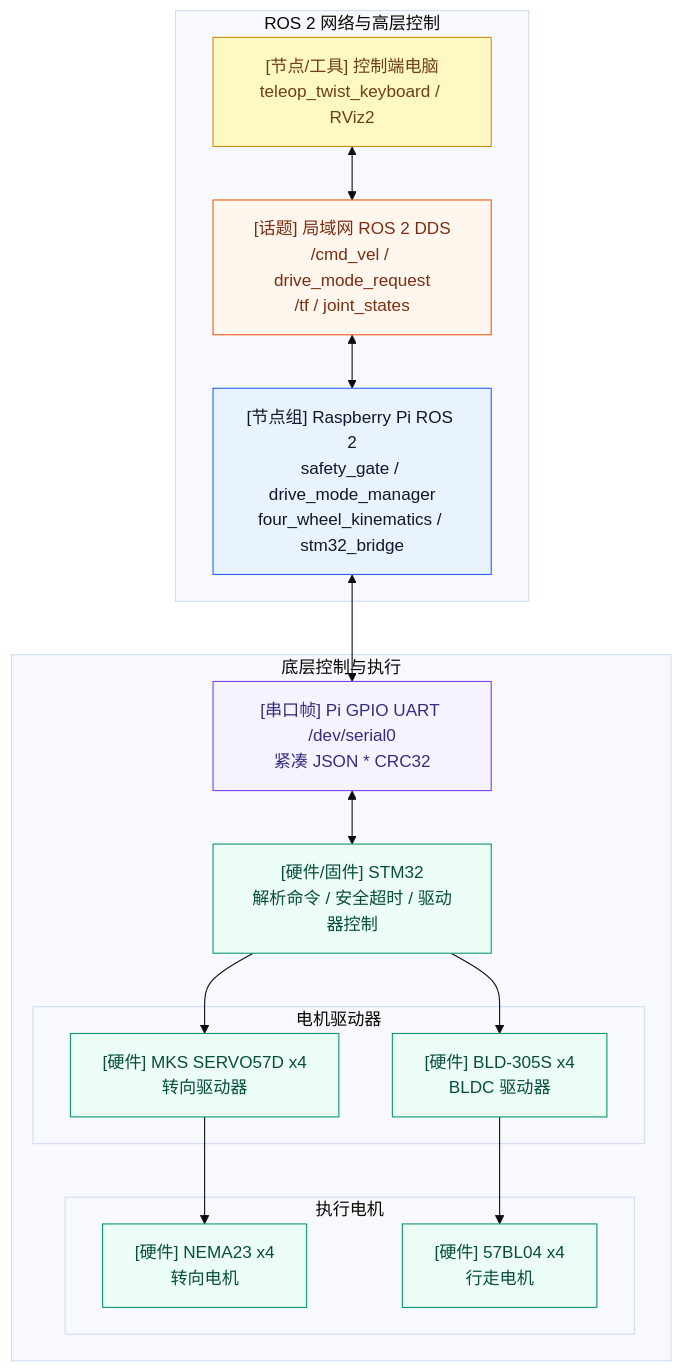
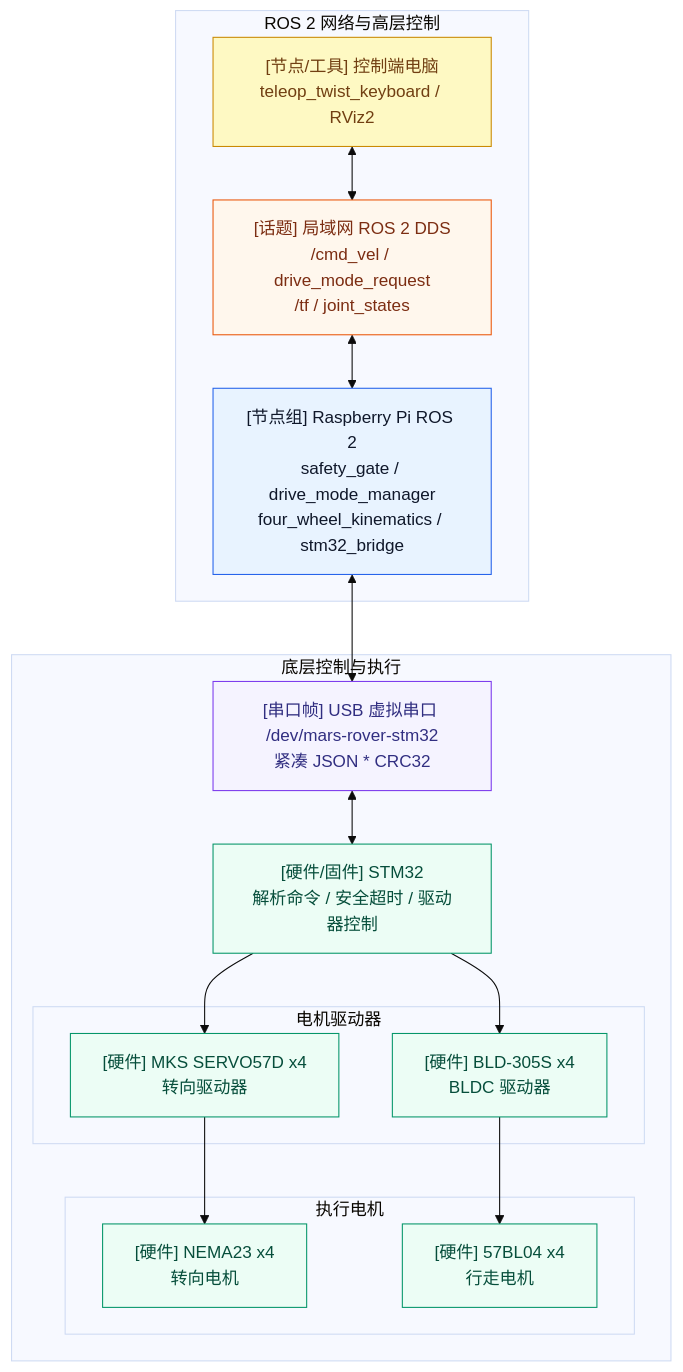
One commit to lixiang-moss/rover changed the first of 7 diagrams in docs/ROS2架构与节点关系图.md. Above: the diagram before and after it, drawn with Mermaid (base theme). The commit also changed other lines of this file and 46 other files, not shown here.

````diff
--- a/docs/ROS2架构与节点关系图.md
+++ b/docs/ROS2架构与节点关系图.md
@@ -28,42 +28,42 @@
 ```mermaid
 flowchart TB
     subgraph ROSLayer["ROS 2 网络与高层控制"]
         PC["[节点/工具] 控制端电脑\nteleop_twist_keyboard / RViz2"]
         DDS["[话题] 局域网 ROS 2 DDS\n/cmd_vel / drive_mode_request\n/tf / joint_states"]
         PI["[节点组] Raspberry Pi ROS 2\nsafety_gate / drive_mode_manager\nfour_wheel_kinematics / stm32_bridge"]
     end
 
     subgraph LowLayer["底层控制与执行"]
-        Serial["[串口帧] Pi GPIO UART /dev/serial0\n紧凑 JSON * CRC32"]
+    Serial["[串口帧] USB 虚拟串口 /dev/mars-rover-stm32\n紧凑 JSON * CRC32"]
         STM["[硬件/固件] STM32\n解析命令 / 安全超时 / 驱动器控制"]
 
         subgraph Drivers["电机驱动器"]
             MKS["[硬件] MKS SERVO57D x4\n转向驱动器"]
             BLD["[硬件] BLD-305S x4\nBLDC 驱动器"]
         end
 
         subgraph Motors["执行电机"]
             Steering["[硬件] NEMA23 x4\n转向电机"]
             DriveMotor["[硬件] 57BL04 x4\n行走电机"]
         end
     end
 
     PC <--> DDS
     DDS <--> PI
     PI <--> Serial
     Serial <--> STM
     STM --> MKS --> Steering
     STM --> BLD --> DriveMotor
 
     classDef rosNode fill:#E8F3FF,stroke:#2563EB,color:#0F172A;
     classDef topic fill:#FFF7ED,stroke:#EA580C,color:#7C2D12;
     classDef frame fill:#F5F3FF,stroke:#7C3AED,color:#312E81;
     classDef hardware fill:#ECFDF5,stroke:#059669,color:#064E3B;
     classDef tool fill:#FEF9C3,stroke:#CA8A04,color:#713F12;
 
     class PI rosNode;
     class DDS topic;
     class Serial frame;
     class STM,MKS,BLD,Steering,DriveMotor hardware;
     class PC tool;
 ```
````
